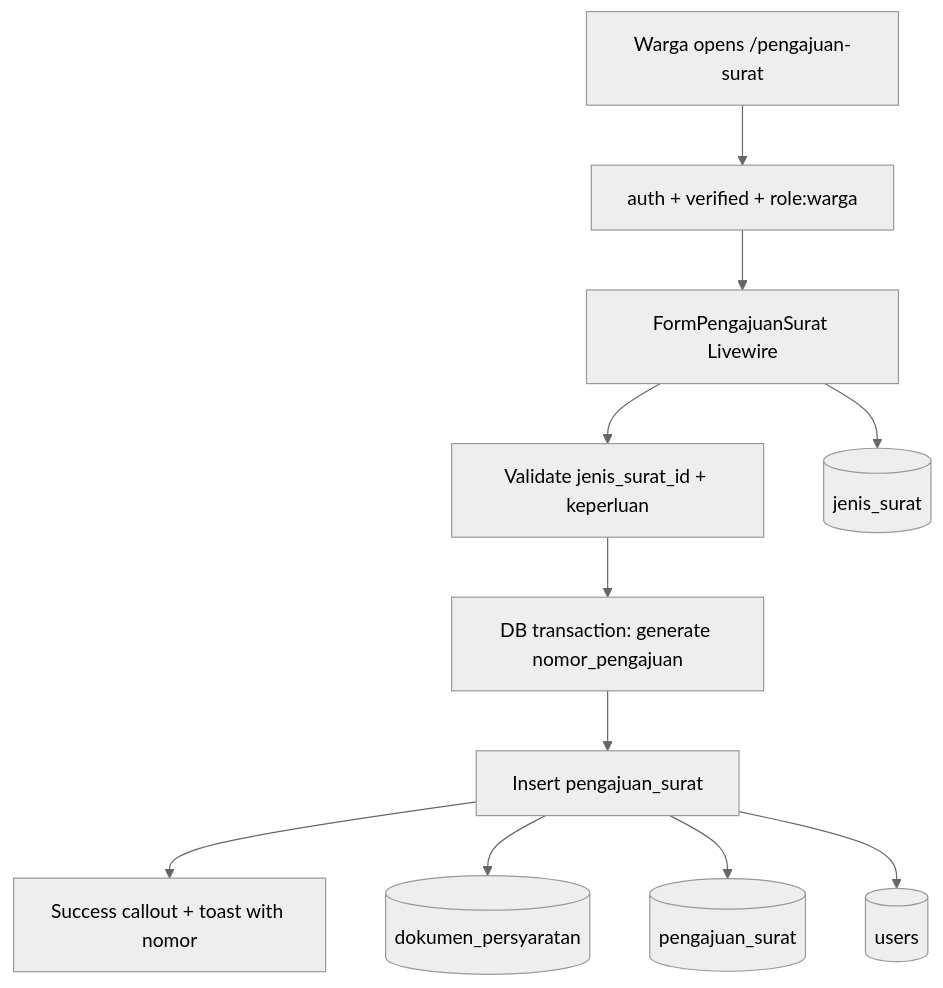
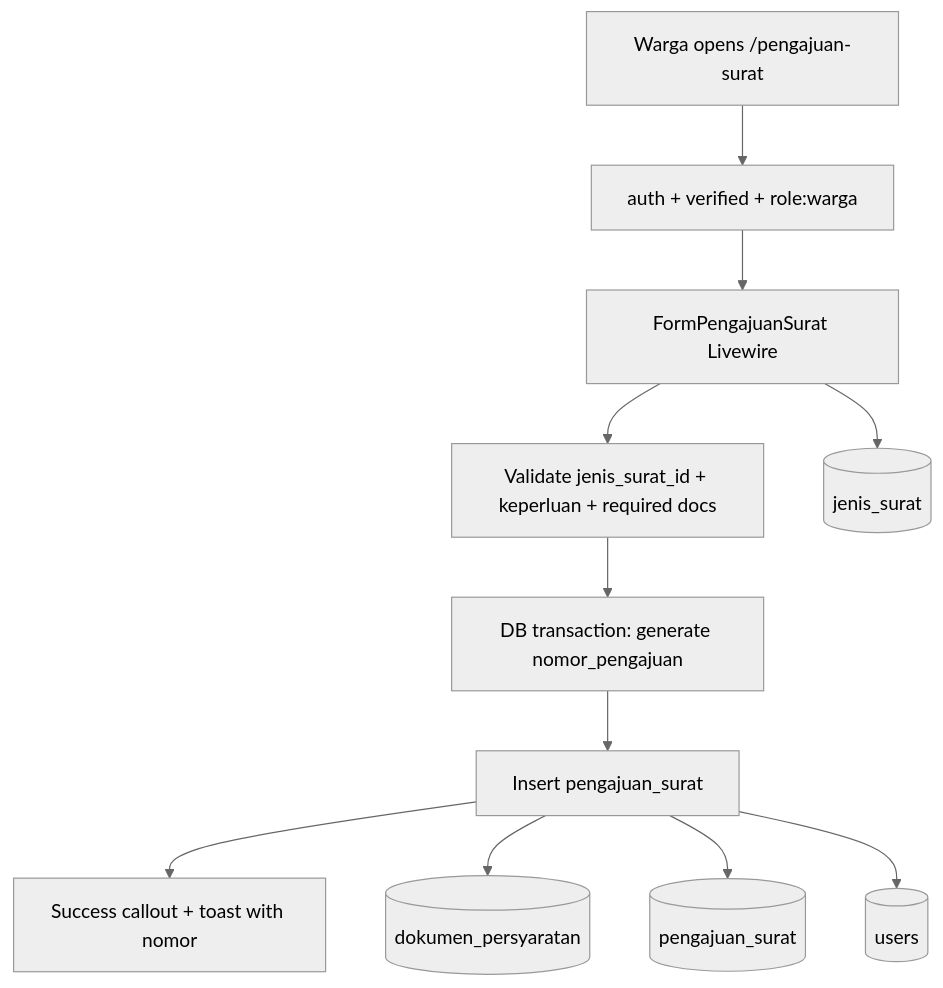
Before and after one commit to ZulfikarHD/sistem-desa: the first of 2 diagrams in docs/dev-docs/features/pengajuan-surat-form.md, drawn with Mermaid (neutral theme). The commit also changed other lines of this file and 14 other files, not shown here.

````diff
--- a/docs/dev-docs/features/pengajuan-surat-form.md
+++ b/docs/dev-docs/features/pengajuan-surat-form.md
@@ -9,13 +9,13 @@
 ```mermaid
 flowchart TD
     A[Warga opens /pengajuan-surat] --> B[auth + verified + role:warga]
     B --> C[FormPengajuanSurat Livewire]
-    C --> D[Validate jenis_surat_id + keperluan]
+    C --> D[Validate jenis_surat_id + keperluan + required docs]
     D --> E[DB transaction: generate nomor_pengajuan]
     E --> F[Insert pengajuan_surat]
     F --> G[Success callout + toast with nomor]
     F --> I[(dokumen_persyaratan)]
     C --> H[(jenis_surat)]
     F --> J[(pengajuan_surat)]
     F --> K[(users)]
 ```
````
